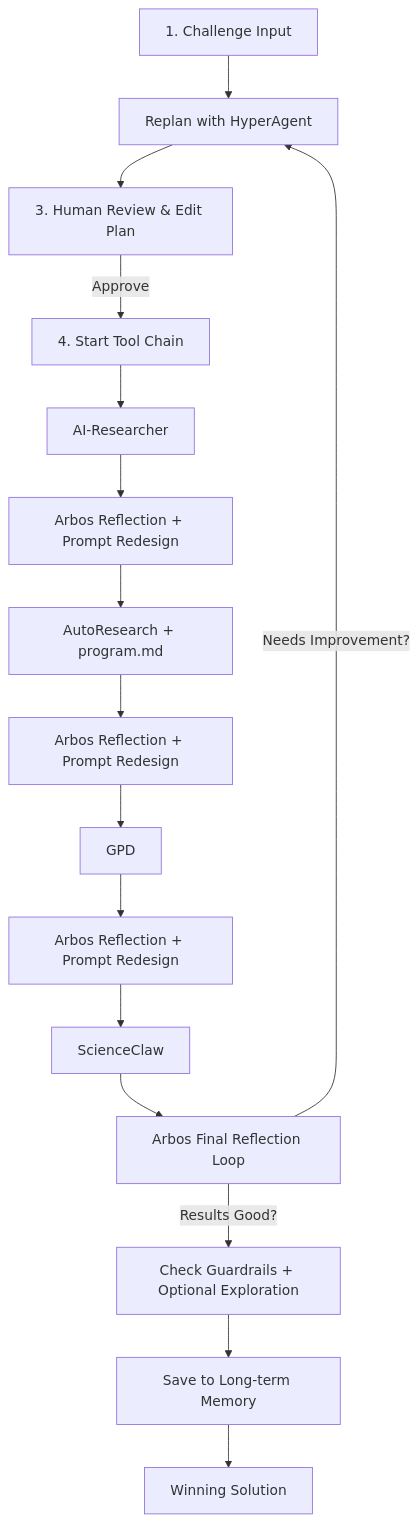
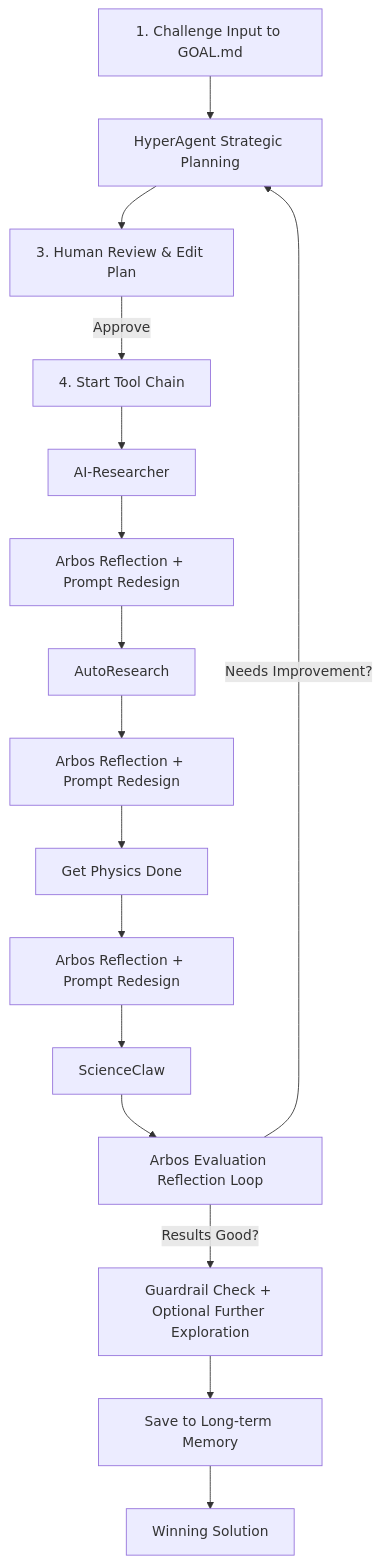
Before and after one commit to jbequ5/Enigma-Machine-Miner: the diagram in README.md, drawn with Mermaid. The commit also changed other lines of this file, not shown here.

````diff
--- a/README.md
+++ b/README.md
@@ -56,21 +38,21 @@
 ```mermaid
 flowchart TD
-    A[1. Challenge Input] --> B[2. HyperAgent Strategic Planning]
+    A[1. Challenge Input to GOAL.md] --> B[2. HyperAgent Strategic Planning]
     B --> C[3. Human Review & Edit Plan]
     C -->|Approve| D[4. Start Tool Chain]
 
     D --> E[AI-Researcher]
     E --> F[Arbos Reflection + Prompt Redesign]
-    F --> G[AutoResearch + program.md]
+    F --> G[AutoResearch]
     G --> H[Arbos Reflection + Prompt Redesign]
-    H --> I[GPD]
+    H --> I[Get Physics Done]
     I --> J[Arbos Reflection + Prompt Redesign]
     J --> K[ScienceClaw]
-    K --> L[Arbos Final Reflection Loop]
+    K --> L[Arbos Evaluation Reflection Loop]
 
-    L -->|Results Good?| M[Check Guardrails + Optional Exploration]
-    L -->|Needs Improvement?| B[Replan with HyperAgent]
+    L -->|Results Good?| M[Guardrail Check + Optional Further Exploration]
+    L -->|Needs Improvement?| B[HyperAgent Strategic Planning]
 
     M --> N[Save to Long-term Memory]
     N --> O[Winning Solution]
 ```
````
